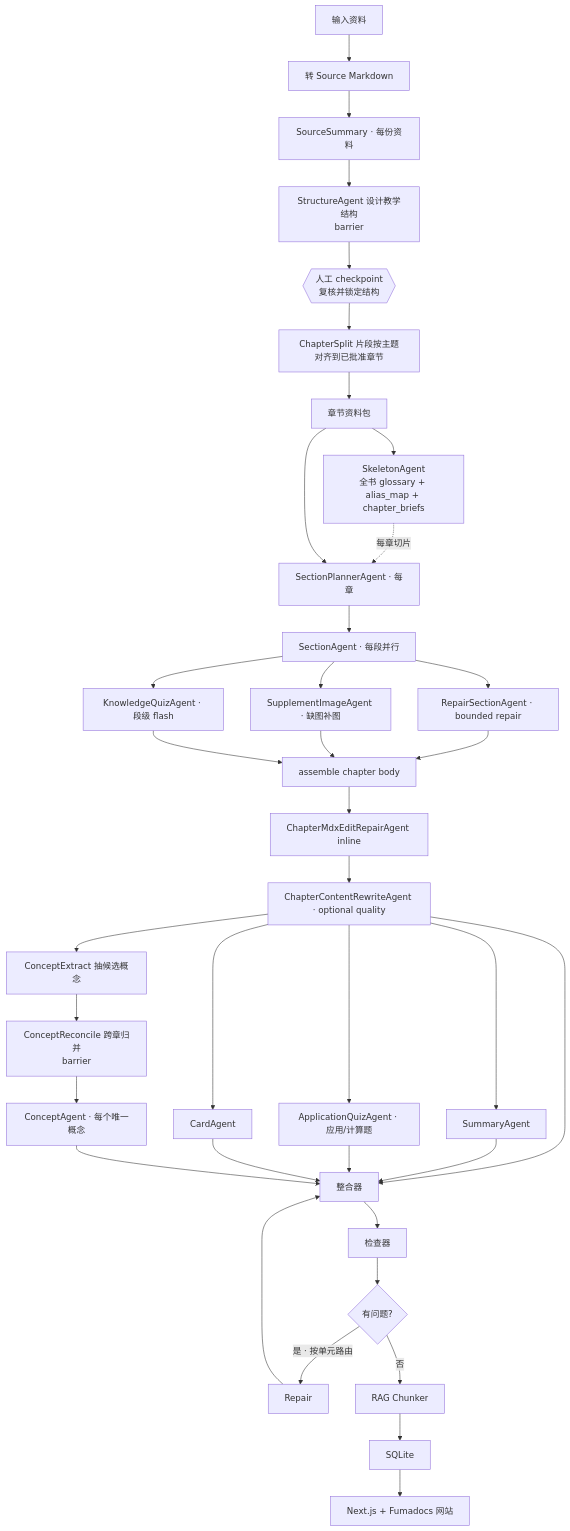
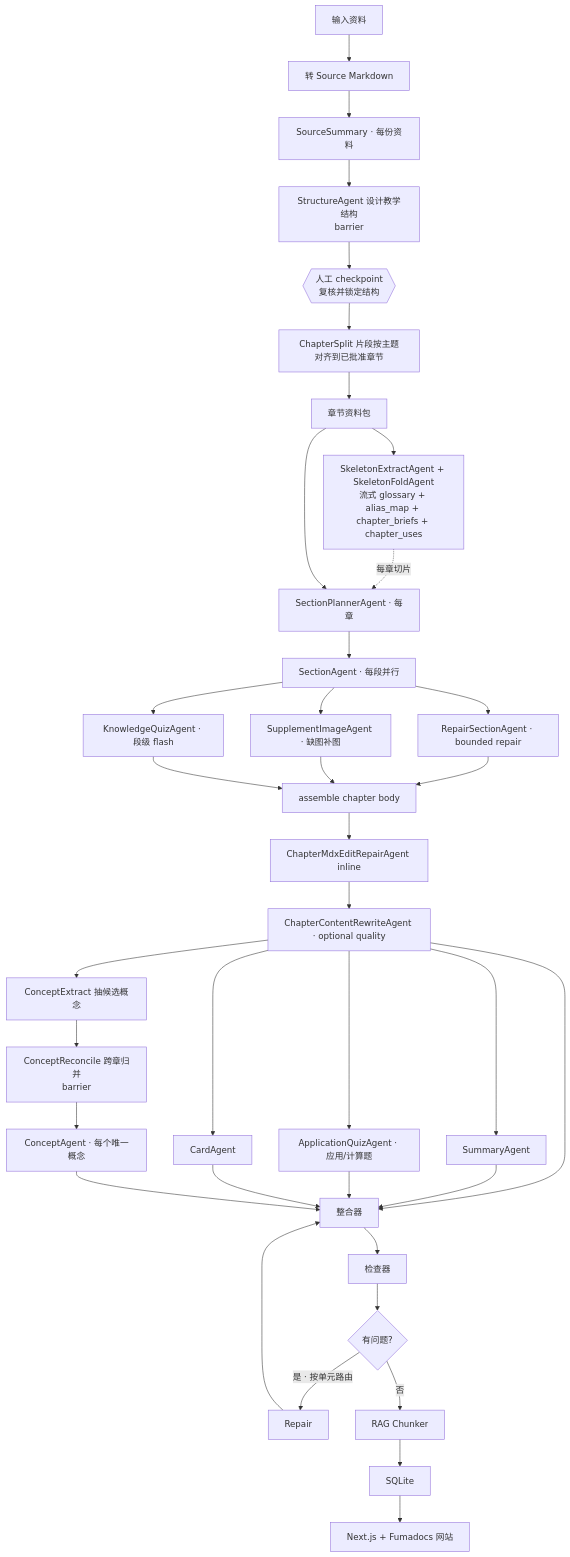
The second of 5 diagrams in design.md (pppwaw/bookwiki), drawn with Mermaid before and after one commit. The commit also changed other lines of this file and 2 other files, not shown here.

First line of the commit message:
docs: 更新 build_skeleton/structure/配置默认值文档匹配流式重构

````diff
--- a/design.md
+++ b/design.md
@@ -501,43 +501,43 @@
 ```mermaid
 flowchart TD
     A[输入资料] --> B[转 Source Markdown]
     B --> SS[SourceSummary · 每份资料]
     SS --> ST[StructureAgent 设计教学结构<br/>barrier]
     ST --> GATE{{人工 checkpoint<br/>复核并锁定结构}}
     GATE --> ALN[ChapterSplit 片段按主题对齐到已批准章节]
     ALN --> D[章节资料包]
-    D --> SK[SkeletonAgent<br/>全书 glossary + alias_map + chapter_briefs]
+    D --> SK[SkeletonExtractAgent + SkeletonFoldAgent<br/>流式 glossary + alias_map + chapter_briefs + chapter_uses]
 
     SK -.每章切片.-> PLAN[SectionPlannerAgent · 每章]
     D --> PLAN
     PLAN --> SEC[SectionAgent · 每段并行]
     SEC --> KQ[KnowledgeQuizAgent · 段级 flash]
     SEC --> SR[RepairSectionAgent · bounded repair]
     SEC --> FIG[SupplementImageAgent · 缺图补图]
     SR --> ASM[assemble chapter body]
     FIG --> ASM
     KQ --> ASM
 
     ASM --> MDX[ChapterMdxEditRepairAgent inline]
     MDX --> QR[ChapterContentRewriteAgent · optional quality]
     QR --> AQ[ApplicationQuizAgent · 应用/计算题]
     QR --> CD[CardAgent]
     QR --> SUM[SummaryAgent]
     QR --> CE[ConceptExtract 抽候选概念]
 
     CE --> REC[ConceptReconcile 跨章归并<br/>barrier]
     REC --> CP[ConceptAgent · 每个唯一概念]
 
     QR --> INT[整合器]
     SUM --> INT
     AQ --> INT
     CD --> INT
     CP --> INT
     INT --> CHK[检查器]
     CHK --> RT{有问题?}
     RT -->|是 · 按单元路由| RP[Repair]
     RP --> INT
     RT -->|否| IDX[RAG Chunker]
     IDX --> SQL[SQLite]
     SQL --> SITE[Next.js + Fumadocs 网站]
 ```
````
